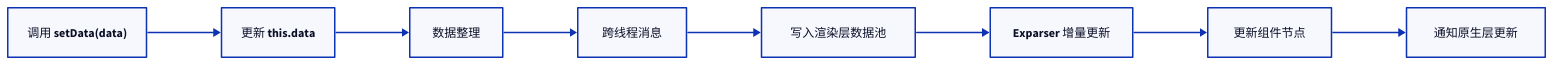
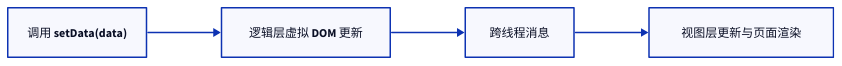
Before and after one commit to youngluo/thinking: the fourth of 10 diagrams in apps/docs/experiences/微信小程序/原理与实践.md, drawn with D2. The commit also changed other lines of this file and 1 other file, not shown here.

````diff
--- a/apps/docs/experiences/微信小程序/原理与实践.md
+++ b/apps/docs/experiences/微信小程序/原理与实践.md
@@ -184,14 +198,10 @@
 ```d2
 direction: right
 
 call: 调用 setData(data)
-merge: 更新 this.data
-serialize: 数据整理
-bridge: 跨线程消息
-write: 写入渲染层数据池
-diff: Exparser 增量更新
-patch: 更新组件节点
-native: 通知原生层更新
+logic: 逻辑层虚拟 DOM 更新
+transfer: 跨线程消息
+view: 视图层更新与页面渲染
 
-call -> merge -> serialize -> bridge -> write -> diff -> patch -> native
+call -> logic -> transfer -> view
 ```
````
